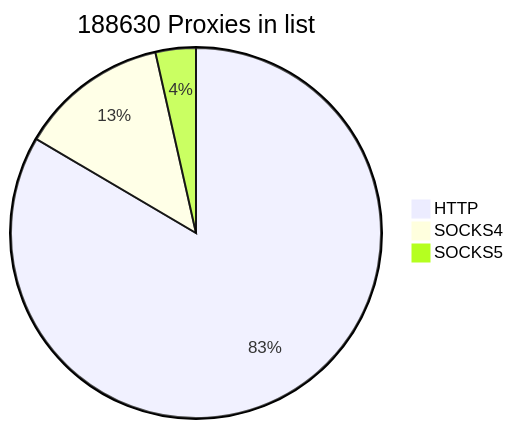
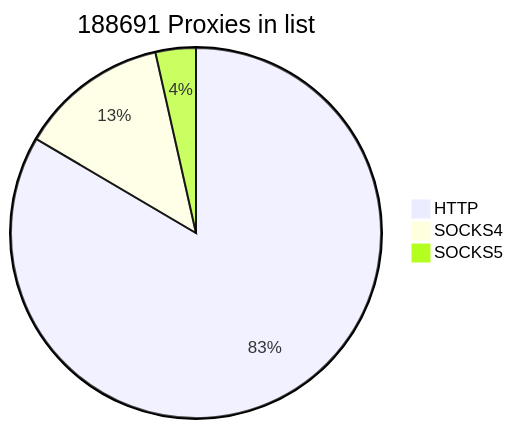
The first of 2 diagrams in README.md (cutipu/proxylist), drawn with Mermaid before and after one commit. The commit also changed other lines of this file, not shown here.

````diff
--- a/README.md
+++ b/README.md
@@ -2,7 +2,7 @@
 ```mermaid
-pie title 188630 Proxies in list
-    "HTTP" : 157431
-    "SOCKS4" : 24556
-    "SOCKS5" : 6643
+pie title 188691 Proxies in list
+    "HTTP" : 157500
+    "SOCKS4" : 24547
+    "SOCKS5" : 6644
             
 ```
````
